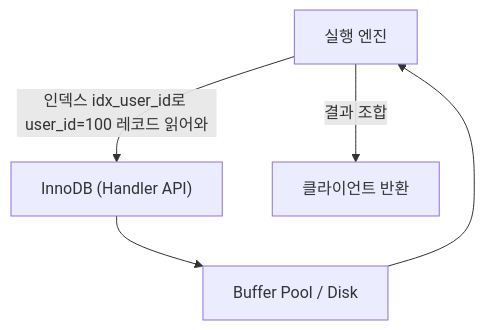
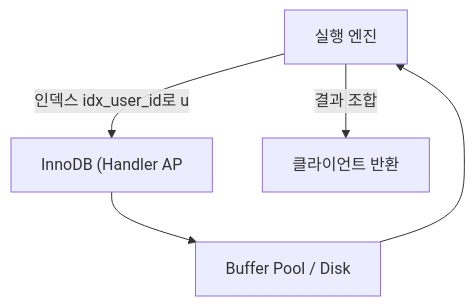
Before and after one commit to yjkim2015/yjkim2015.github.io: the third of 10 diagrams in _posts/db/2026-05-01-db-internals.md, drawn with Mermaid. The commit also changed other lines of this file and 271 other files, not shown here.

First line of the commit message:
Mermaid 라벨 축소: 긴 노드 텍스트 18자 이하로 트림 + \n 제거

````diff
--- a/_posts/db/2026-05-01-db-internals.md
+++ b/_posts/db/2026-05-01-db-internals.md
@@ -72,7 +72,7 @@
 ```mermaid
 graph TD
-    EE[실행 엔진] -->|"인덱스 idx_user_id로 user_id=100 레코드 읽어와"| InnoDB["InnoDB (Handler API)"]
+    EE[실행 엔진] -->|"인덱스 idx_user_id로 u"| InnoDB["InnoDB (Handler AP"]
     InnoDB --> BP[Buffer Pool / Disk]
     BP --> EE
     EE -->|결과 조합| Client[클라이언트 반환]
 ```
````
